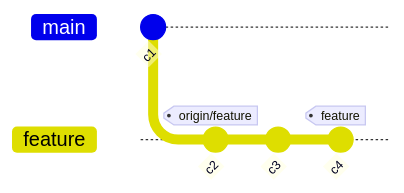
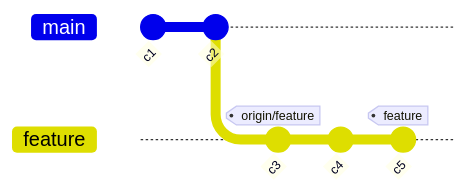
One commit to suwa-sh/zenn-contents changed the ninth of 36 diagrams in articles/git_20250824.md. Above: the diagram before and after it, drawn with Mermaid. The commit also changed other lines of this file, not shown here.

````diff
--- a/articles/git_20250824.md
+++ b/articles/git_20250824.md
@@ -283,9 +288,10 @@
     ```mermaid
     gitGraph
         commit id: "c1"
+        commit id: "c2"
         branch feature
         checkout feature
-        commit id: "c2" tag: "origin/feature"
-        commit id: "c3"
-        commit id: "c4" tag: "feature"
+        commit id: "c3" tag: "origin/feature"
+        commit id: "c4"
+        commit id: "c5" tag: "feature"
     ```
````
